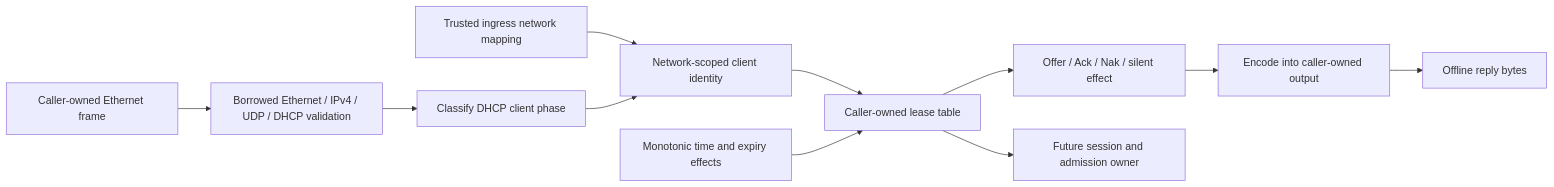
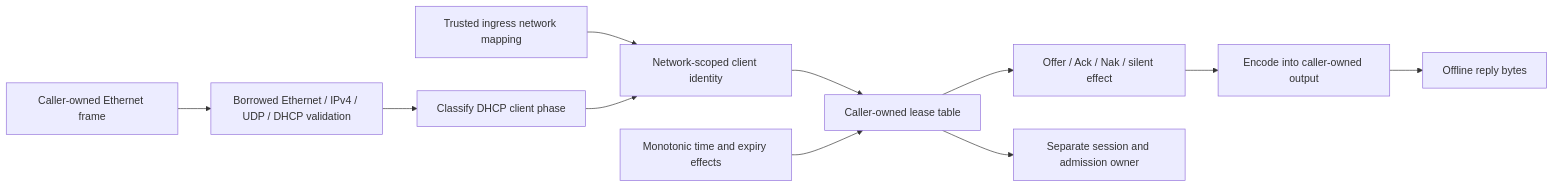
The diagram in docs/lease-core.md (advanced-data-machines/irongate), drawn with Mermaid before and after one commit. The commit also changed other lines of this file and 25 other files, not shown here.

First line of the commit message:
feat(core): add bounded offline session admission

````diff
--- a/docs/lease-core.md
+++ b/docs/lease-core.md
@@ -13,13 +13,13 @@
 ```mermaid
 flowchart LR
     frame[Caller-owned Ethernet frame] --> parse[Borrowed Ethernet / IPv4 / UDP / DHCP validation]
     ingress[Trusted ingress network mapping] --> identity[Network-scoped client identity]
     parse --> command[Classify DHCP client phase]
     command --> identity
     identity --> table[Caller-owned lease table]
     clock[Monotonic time and expiry effects] --> table
     table --> reply[Offer / Ack / Nak / silent effect]
     reply --> encode[Encode into caller-owned output]
     encode --> output[Offline reply bytes]
-    table --> future[Future session and admission owner]
+    table --> future[Separate session and admission owner]
 ```
````
